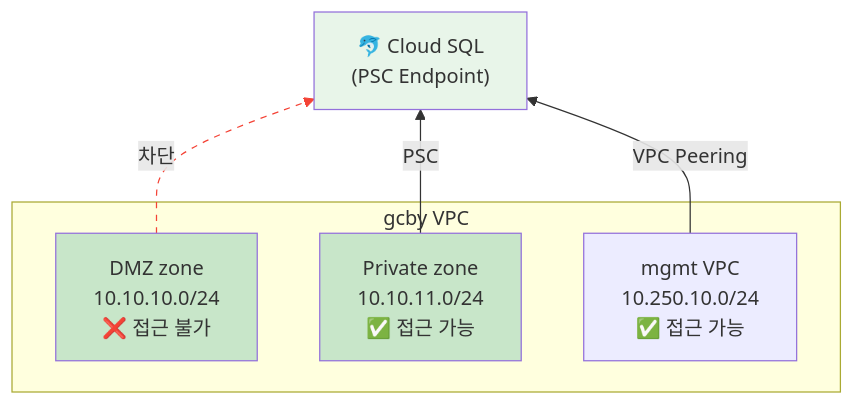
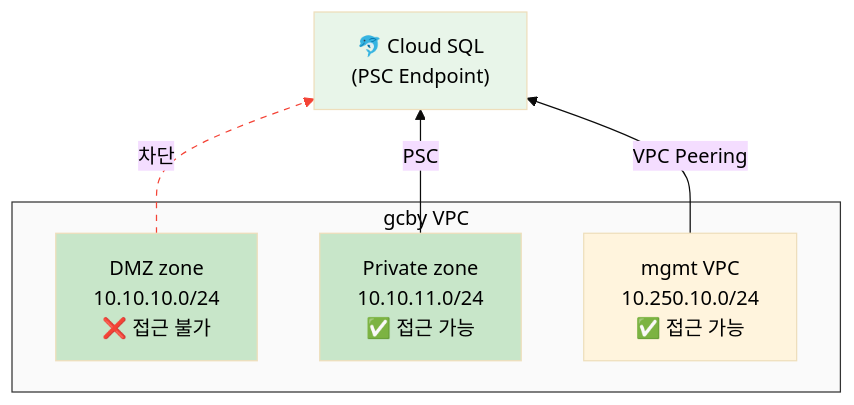
The sixth of 9 diagrams in terraform_gcp_infra/docs/architecture/network-design.md (JSJ2337/GCP_terraform_code), drawn with Mermaid before and after one commit. The commit also changed other lines of this file and 5 other files, not shown here.

First line of the commit message:
style: Mermaid 다이어그램 제목 가독성 개선

````diff
--- a/terraform_gcp_infra/docs/architecture/network-design.md
+++ b/terraform_gcp_infra/docs/architecture/network-design.md
@@ -604,20 +612,22 @@
 ```mermaid
+%%{init: {'theme': 'base', 'themeVariables': { 'primaryTextColor': '#000000', 'clusterBkg': '#ffffff', 'clusterBorder': '#333333' }}}%%
 flowchart BT
     SQL_AFTER["🐬 Cloud SQL<br/>(PSC Endpoint)"]
 
     subgraph VPC_AFTER["gcby VPC"]
         DMZ_A["DMZ zone<br/>10.10.10.0/24<br/>❌ 접근 불가"]
         PRIV_A["Private zone<br/>10.10.11.0/24<br/>✅ 접근 가능"]
         MGMT_A["mgmt VPC<br/>10.250.10.0/24<br/>✅ 접근 가능"]
     end
 
     DMZ_A -.->|차단| SQL_AFTER
     PRIV_A -->|PSC| SQL_AFTER
     MGMT_A -->|VPC Peering| SQL_AFTER
 
+    style VPC_AFTER fill:#fafafa,color:#000000
     style DMZ_A fill:#c8e6c9
     style PRIV_A fill:#c8e6c9
     style SQL_AFTER fill:#e8f5e9
 
     linkStyle 0 stroke:#f44336,stroke-dasharray:5
 ```
````
